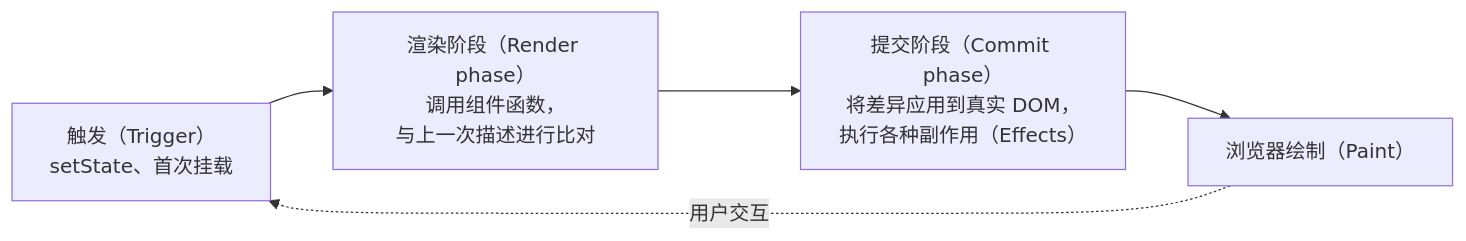
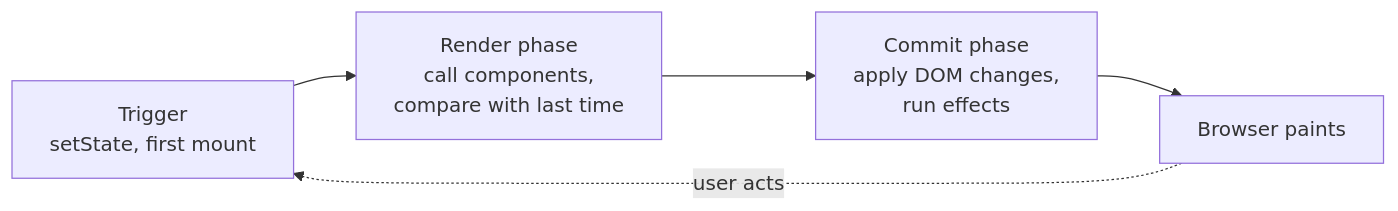
The diagram in content/react-concepts/01 The Big Idea - UI Is a Function of State.md (ZhaoTim/react-garden-zh), drawn with Mermaid before and after one commit. The commit also changed 12 other files, not shown here.

Commit message:
fix: restore all Mermaid diagrams to original English technical terms

````diff
--- a/content/react-concepts/01 The Big Idea - UI Is a Function of State.md
+++ b/content/react-concepts/01 The Big Idea - UI Is a Function of State.md
@@ -94,7 +94,7 @@
 ```mermaid
 flowchart LR
-    T["触发（Trigger）<br/>setState、首次挂载"] --> R["渲染阶段（Render phase）<br/>调用组件函数，<br/>与上一次描述进行比对"]
-    R --> C["提交阶段（Commit phase）<br/>将差异应用到真实 DOM，<br/>执行各种副作用（Effects）"]
-    C --> P["浏览器绘制（Paint）"]
-    P -.->|用户交互| T
+    T["Trigger<br/>setState, first mount"] --> R["Render phase<br/>call components,<br/>compare with last time"]
+    R --> C["Commit phase<br/>apply DOM changes,<br/>run effects"]
+    C --> P[Browser paints]
+    P -.->|user acts| T
 ```
````
